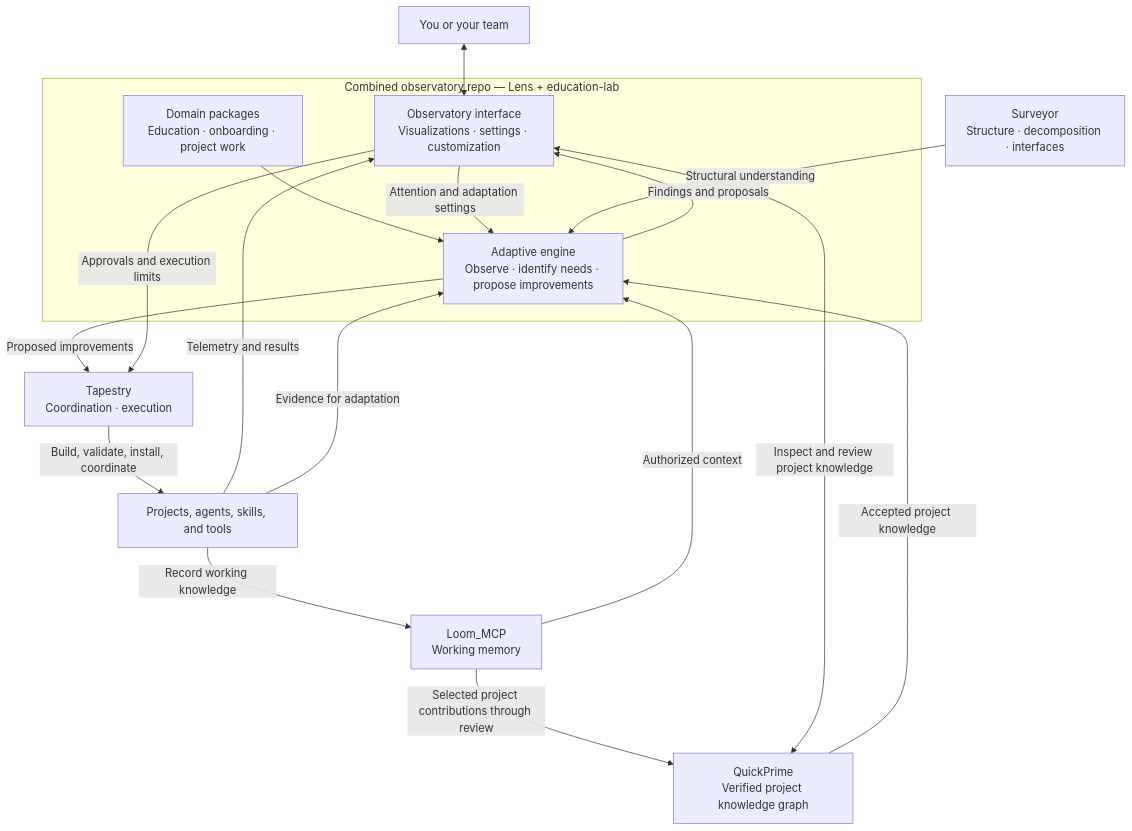
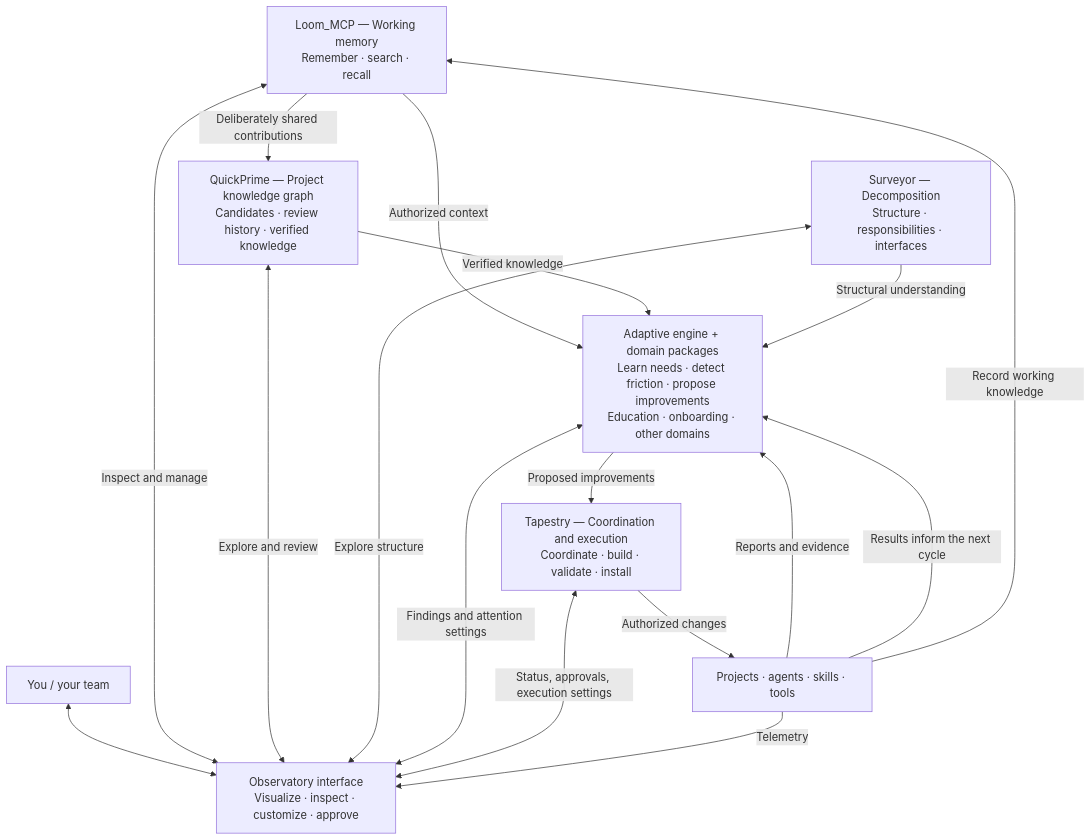
One commit to Lizo-RoadTown/hcs-observatory changed the diagram in docs/architecture/target-architecture.md. Above: the diagram before and after it, drawn with Mermaid. The commit also changed other lines of this file and 1 other file, not shown here.

Commit message:
Architecture: the operator's six-module target

````diff
--- a/docs/architecture/target-architecture.md
+++ b/docs/architecture/target-architecture.md
@@ -12,34 +14,35 @@
 ```mermaid
 flowchart TB
-    U["You or your team"]
-    O["Observatory interface<br/>Visualizations · settings · customization"]
-    A["Adaptive engine<br/>Observe · identify needs · propose improvements"]
-    D["Domain packages<br/>Education · onboarding · project work"]
-    M["Loom_MCP<br/>Working memory"]
-    Q["QuickPrime<br/>Verified project knowledge graph"]
-    S["Surveyor<br/>Structure · decomposition · interfaces"]
-    T["Tapestry<br/>Coordination · execution"]
-    P["Projects, agents, skills, and tools"]
+    USER["You / your team"]
 
-    U <--> O
-    subgraph COMBINED["Combined observatory repo — Lens + education-lab"]
-        O
-        A
-        D
-        D --> A
-        O -->|"Attention and adaptation settings"| A
-        A -->|"Findings and proposals"| O
-    end
+    UI["Observatory interface<br/>Visualize · inspect · customize · approve"]
 
-    M -->|"Authorized context"| A
-    Q -->|"Accepted project knowledge"| A
-    S -->|"Structural understanding"| A
-    A -->|"Proposed improvements"| T
-    O -->|"Approvals and execution limits"| T
-    T -->|"Build, validate, install, coordinate"| P
-    P -->|"Telemetry and results"| O
-    P -->|"Evidence for adaptation"| A
-    P -->|"Record working knowledge"| M
-    M -->|"Selected project contributions through review"| Q
-    O <-->|"Inspect and review project knowledge"| Q
+    MEMORY["Loom_MCP — Working memory<br/>Remember · search · recall"]
+    GRAPH["QuickPrime — Project knowledge graph<br/>Candidates · review history · verified knowledge"]
+    ADAPT["Adaptive engine + domain packages<br/>Learn needs · detect friction · propose improvements<br/>Education · onboarding · other domains"]
+    STRUCT["Surveyor — Decomposition<br/>Structure · responsibilities · interfaces"]
+    EXEC["Tapestry — Coordination and execution<br/>Coordinate · build · validate · install"]
+
+    WORK["Projects · agents · skills · tools"]
+
+    USER <--> UI
+
+    MEMORY -->|"Authorized context"| ADAPT
+    GRAPH -->|"Verified knowledge"| ADAPT
+    STRUCT -->|"Structural understanding"| ADAPT
+    WORK -->|"Reports and evidence"| ADAPT
+
+    ADAPT -->|"Proposed improvements"| EXEC
+    EXEC -->|"Authorized changes"| WORK
+    WORK -->|"Results inform the next cycle"| ADAPT
+
+    WORK -->|"Record working knowledge"| MEMORY
+    MEMORY -->|"Deliberately shared contributions"| GRAPH
+
+    MEMORY <-->|"Inspect and manage"| UI
+    GRAPH <-->|"Explore and review"| UI
+    STRUCT <-->|"Explore structure"| UI
+    ADAPT <-->|"Findings and attention settings"| UI
+    EXEC <-->|"Status, approvals, execution settings"| UI
+    WORK -->|"Telemetry"| UI
 ```
````
